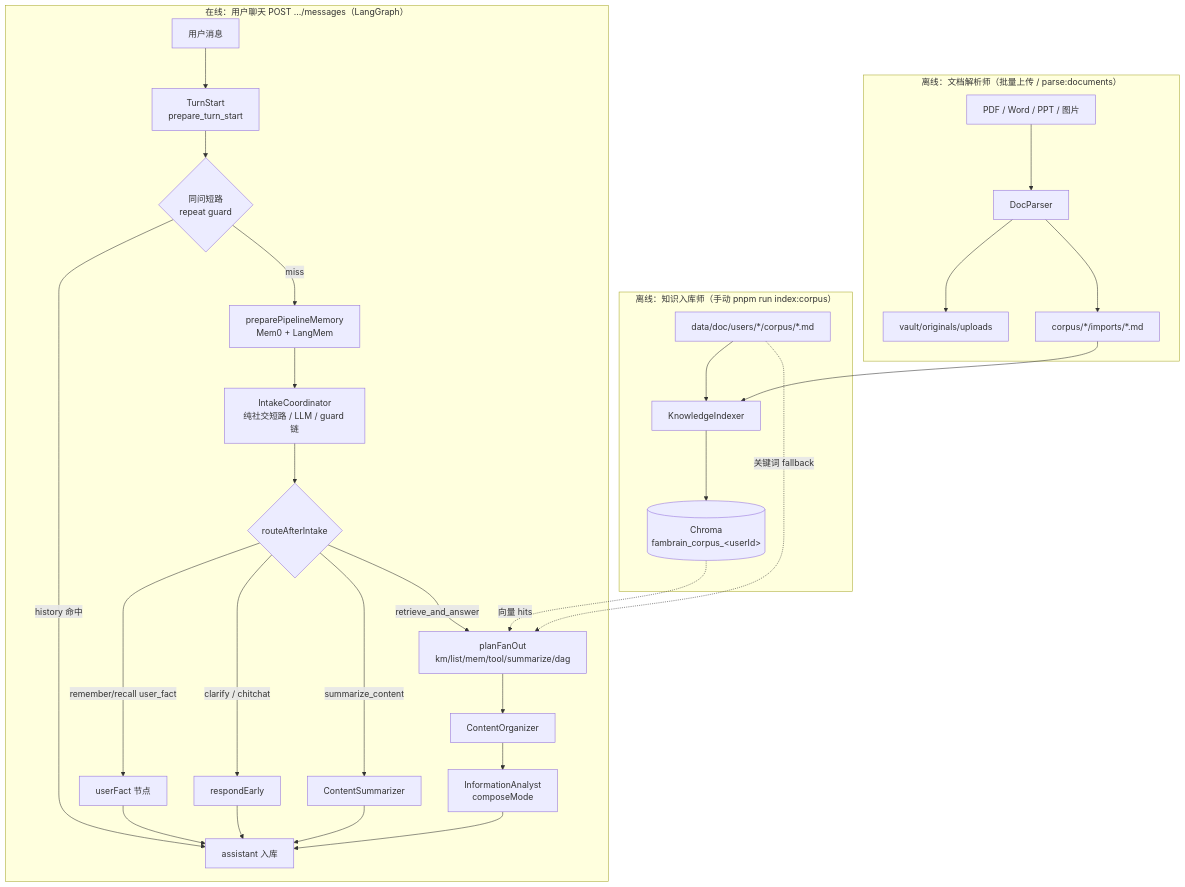
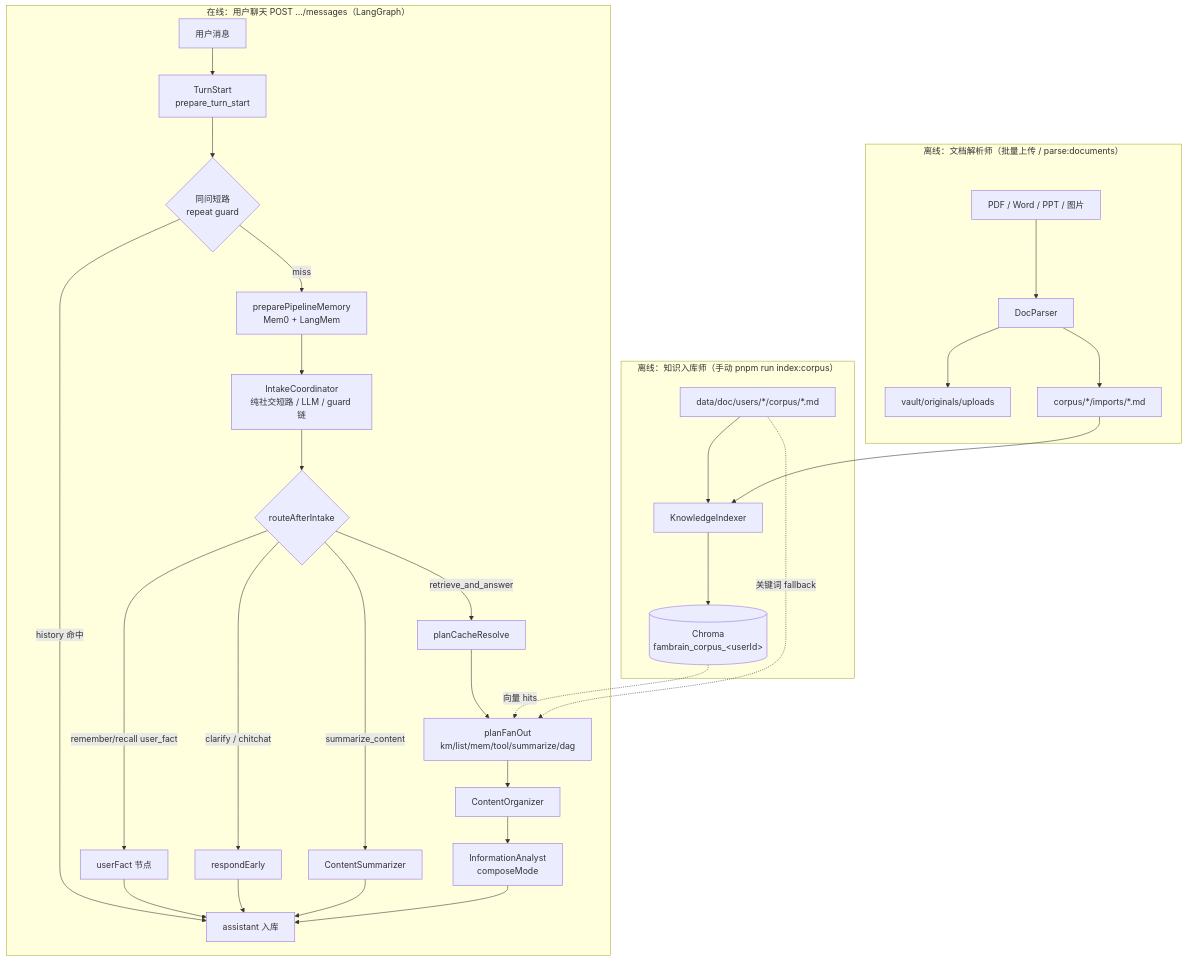
Before and after one commit to panzhanfei/agent: the first of 13 diagrams in docs/02-agent-flows.md, drawn with Mermaid. The commit also changed other lines of this file and 35 other files, not shown here.

````diff
--- a/docs/02-agent-flows.md
+++ b/docs/02-agent-flows.md
@@ -41,42 +41,43 @@
 ```mermaid
 flowchart TB
   subgraph offline ["离线：知识入库师（手动 pnpm run index:corpus）"]
     MD["data/doc/users/*/corpus/*.md"]
     KI["KnowledgeIndexer"]
     CH[("Chroma<br/>fambrain_corpus_&lt;userId&gt;")]
     MD --> KI --> CH
   end
 
   subgraph ingest ["离线：文档解析师（批量上传 / parse:documents）"]
     UP["PDF / Word / PPT / 图片"]
     DP["DocParser"]
     VAULT["vault/originals/uploads"]
     IMP["corpus/*/imports/*.md"]
     UP --> DP
     DP --> VAULT
     DP --> IMP
     IMP --> KI
   end
 
   subgraph online ["在线：用户聊天 POST .../messages（LangGraph）"]
     U[用户消息] --> PT[TurnStart<br/>prepare_turn_start]
     PT --> REP{同问短路<br/>repeat guard}
     REP -->|history 命中| OUT[assistant 流式输出]
     REP -->|miss| MEM["preparePipelineMemory<br/>Mem0 + LangMem"]
     MEM --> IC[IntakeCoordinator<br/>纯社交短路 / LLM / guard 链]
     IC --> P{routeAfterIntake}
     P -->|remember/recall user_fact| UF[userFact 节点]
     P -->|clarify / chitchat| R1[respondEarly]
     P -->|summarize_content| SUM[ContentSummarizer]
-    P -->|retrieve_and_answer| PE[planFanOut<br/>km/list/mem/tool/summarize/dag]
+    P -->|retrieve_and_answer| PCR[planCacheResolve]
+    PCR --> PE[planFanOut<br/>km/list/mem/tool/summarize/dag]
     PE --> CO[ContentOrganizer]
     CO --> IA[InformationAnalyst<br/>composeMode]
     IA --> OUT[assistant 入库]
     UF --> OUT
     R1 --> OUT
     SUM --> OUT
   end
 
   CH -.->|向量 hits| PE
   MD -.->|关键词 fallback| PE
 ```
````
